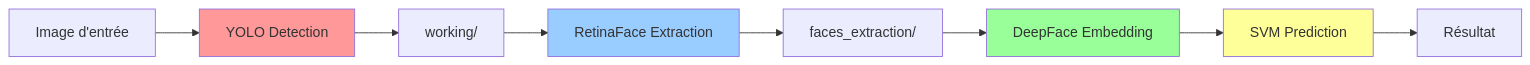
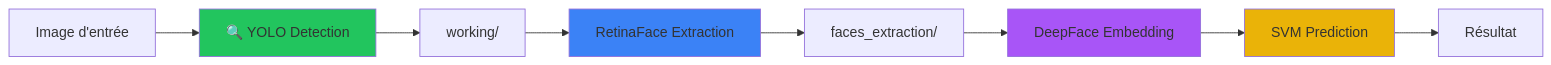
Before and after one commit to Ibrahima-Camara20/AI_Models_Application_Project: the diagram in README.md, drawn with Mermaid. The commit also changed other lines of this file and 19 other files, not shown here.

````diff
--- a/README.md
+++ b/README.md
@@ -66,15 +79,15 @@
 ```mermaid
 graph LR
-    A[Image d'entrée] --> B[YOLO Detection]
+    A[Image d'entrée] --> B[🔍 YOLO Detection]
     B --> C[working/]
-    C --> D[RetinaFace Extraction]
+    C --> D[ RetinaFace Extraction]
     D --> E[faces_extraction/]
-    E --> F[DeepFace Embedding]
-    F --> G[SVM Prediction]
-    G --> H[Résultat]
+    E --> F[ DeepFace Embedding]
+    F --> G[ SVM Prediction]
+    G --> H[ Résultat]
     
-    style B fill:#ff9999
-    style D fill:#99ccff
-    style F fill:#99ff99
-    style G fill:#ffff99
+    style B fill:#22c55e
+    style D fill:#3b82f6
+    style F fill:#a855f7
+    style G fill:#eab308
 ```
````
